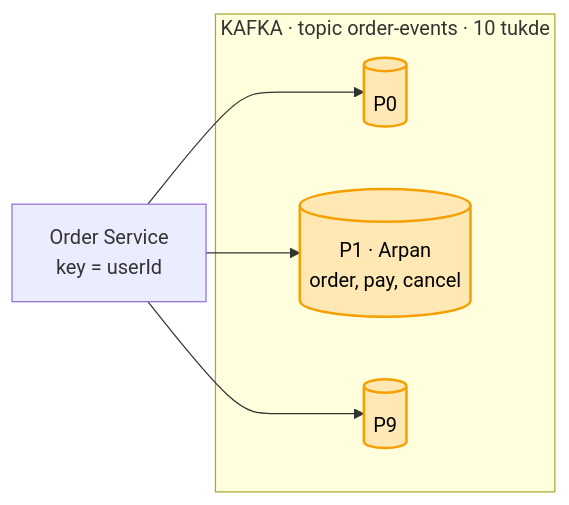
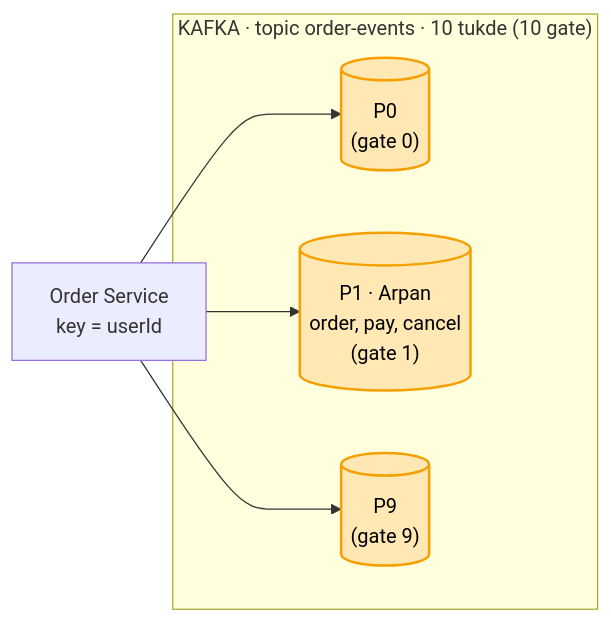
One commit to ArpanMaheshwari144/Prep changed the third of 8 diagrams in 04_HLD/SYSTEM_DESIGNS/12_message_queue_kafka/12_message_queue_kafka.md. Above: the diagram before and after it, drawn with Mermaid. The commit also changed other lines of this file and 1 other file, not shown here.

Commit message:
HLD kafka main file: har kadam pe ek Stadium line + diagram me technical naam ke saath bracket me stadium naam; notes block 6 checker (bookmark consumer likhta)

````diff
--- a/04_HLD/SYSTEM_DESIGNS/12_message_queue_kafka/12_message_queue_kafka.md
+++ b/04_HLD/SYSTEM_DESIGNS/12_message_queue_kafka/12_message_queue_kafka.md
@@ -131,12 +137,12 @@
 ```mermaid
 flowchart LR
     O["Order Service<br/>key = userId"] --> P0 & P1 & P9
-    subgraph T["KAFKA · topic order-events · 10 tukde"]
-        P0[("P0")]
-        P1[("P1 · Arpan<br/>order, pay, cancel")]
-        P9[("P9")]
+    subgraph T["KAFKA · topic order-events · 10 tukde (10 gate)"]
+        P0[("P0<br/>(gate 0)")]
+        P1[("P1 · Arpan<br/>order, pay, cancel<br/>(gate 1)")]
+        P9[("P9<br/>(gate 9)")]
     end
     style P0 fill:#ffe8b3,stroke:#f59f00,stroke-width:2px,color:#000
     style P1 fill:#ffe8b3,stroke:#f59f00,stroke-width:2px,color:#000
     style P9 fill:#ffe8b3,stroke:#f59f00,stroke-width:2px,color:#000
 ```
````
